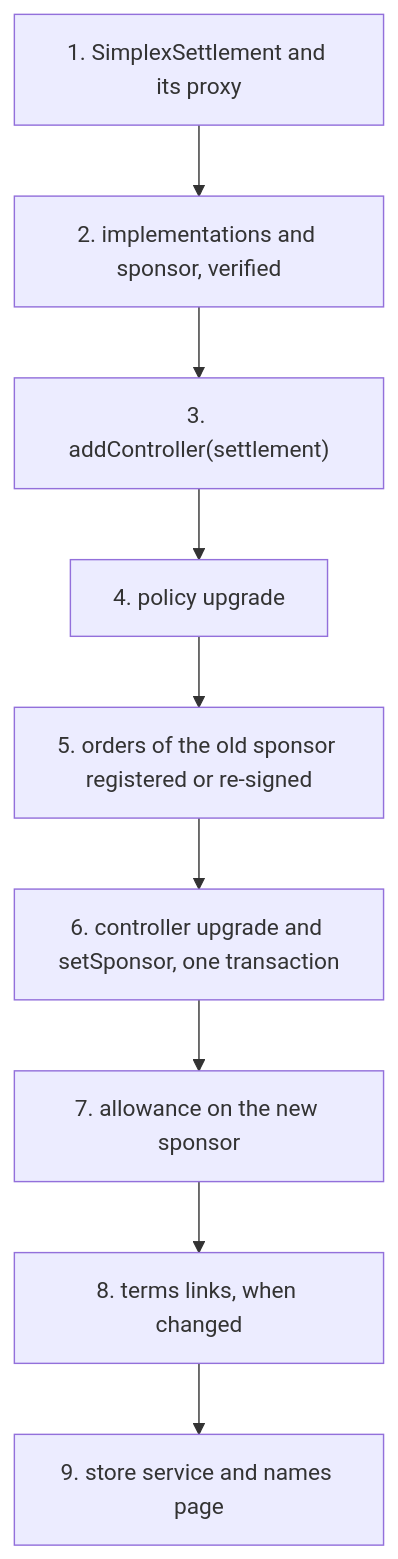
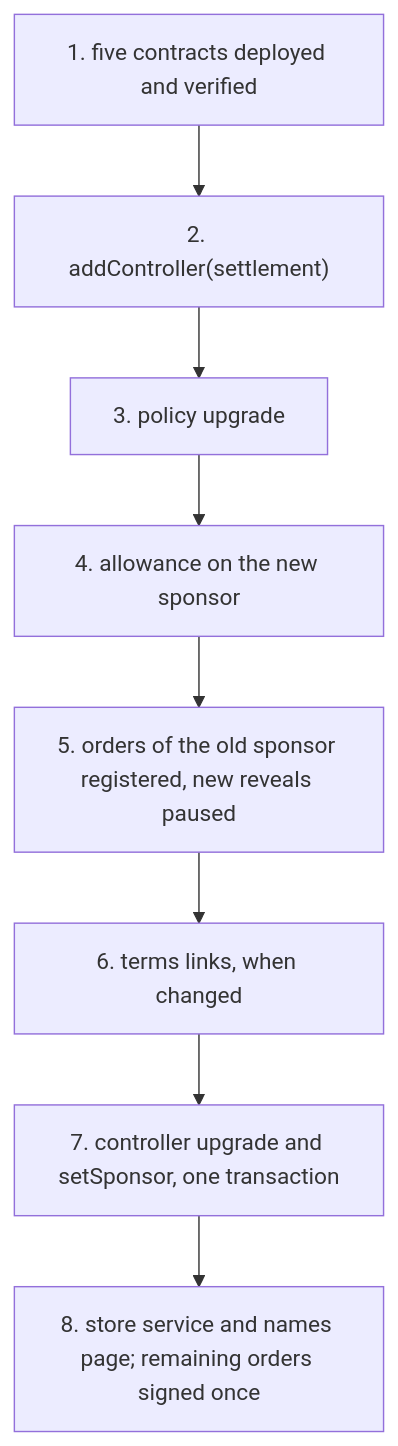
The fourth of 6 diagrams in docs/plans/payment-reversal.md (brenzi-agent/simplex-namespace-contract), drawn with Mermaid before and after one commit. The commit also changed other lines of this file, not shown here.

Commit message:
docs: one acknowledgement rule, stored deadline and batch reversal in the plan

````diff
--- a/docs/plans/payment-reversal.md
+++ b/docs/plans/payment-reversal.md
@@ -300,11 +309,10 @@
 ```mermaid
 flowchart TD
-  s1["1. SimplexSettlement and its proxy"] --> s2["2. implementations and sponsor, verified"]
-  s2 --> s3["3. addController(settlement)"]
-  s3 --> s4["4. policy upgrade"]
-  s4 --> s5["5. orders of the old sponsor registered or re-signed"]
-  s5 --> s6["6. controller upgrade and setSponsor, one transaction"]
-  s6 --> s7["7. allowance on the new sponsor"]
-  s7 --> s8["8. terms links, when changed"]
-  s8 --> s9["9. store service and names page"]
+  s1["1. five contracts deployed and verified"] --> s2["2. addController(settlement)"]
+  s2 --> s3["3. policy upgrade"]
+  s3 --> s4["4. allowance on the new sponsor"]
+  s4 --> s5["5. orders of the old sponsor registered, new reveals paused"]
+  s5 --> s6["6. terms links, when changed"]
+  s6 --> s7["7. controller upgrade and setSponsor, one transaction"]
+  s7 --> s8["8. store service and names page; remaining orders signed once"]
 ```
````
